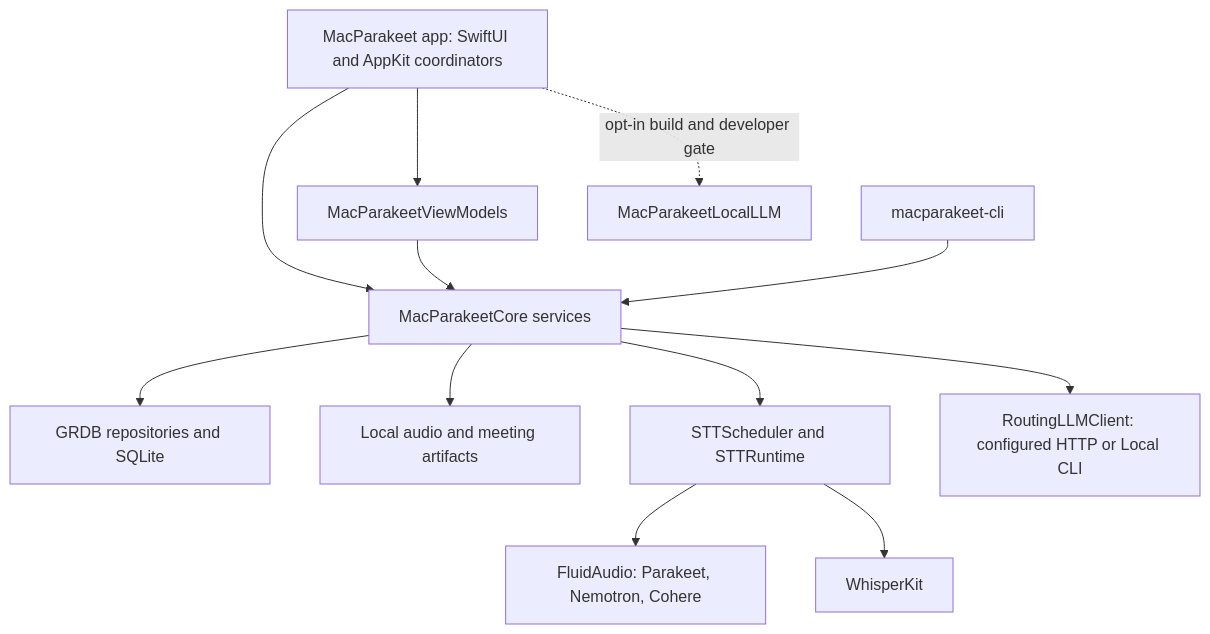
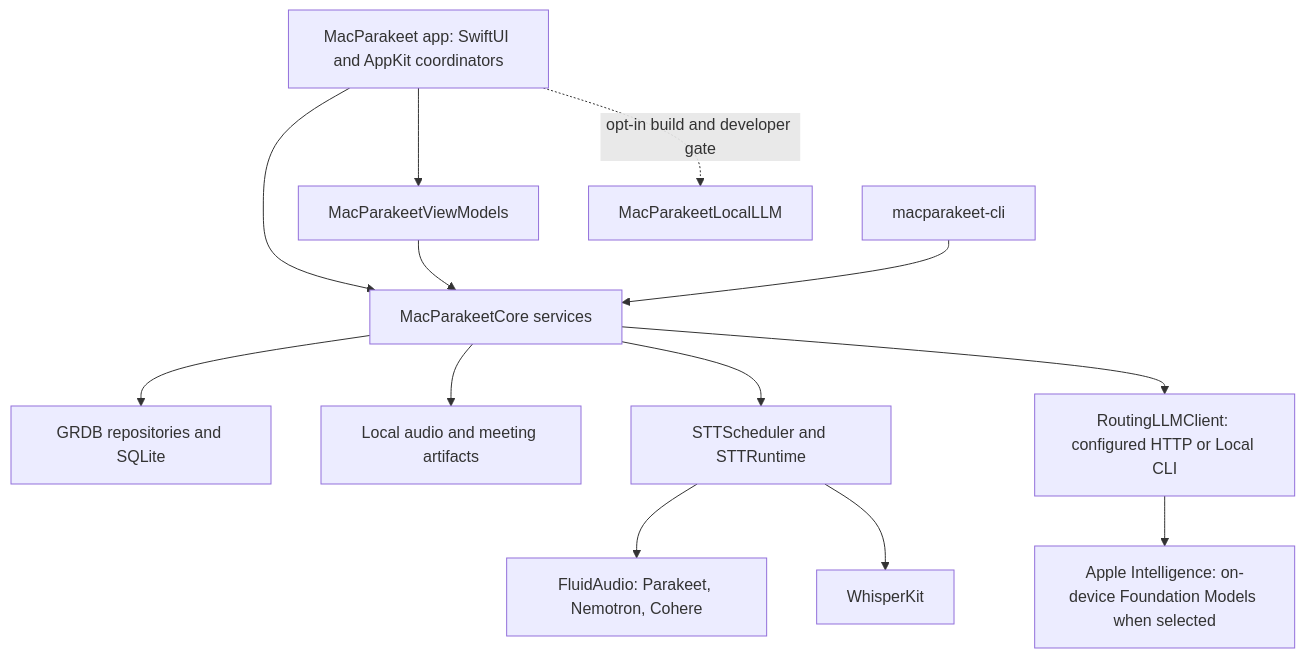
Before and after one commit to moona3k/macparakeet: the first of 3 diagrams in spec/03-architecture.md, drawn with Mermaid. The commit also changed other lines of this file and 25 other files, not shown here.

````diff
--- a/spec/03-architecture.md
+++ b/spec/03-architecture.md
@@ -15,14 +15,15 @@
 ```mermaid
 flowchart TD
     App[MacParakeet app: SwiftUI and AppKit coordinators] --> VM[MacParakeetViewModels]
     App --> Core[MacParakeetCore services]
     VM --> Core
     CLI[macparakeet-cli] --> Core
     Core --> DB[GRDB repositories and SQLite]
     Core --> Files[Local audio and meeting artifacts]
     Core --> Speech[STTScheduler and STTRuntime]
     Speech --> Fluid[FluidAudio: Parakeet, Nemotron, Cohere]
     Speech --> Whisper[WhisperKit]
     Core --> AI[RoutingLLMClient: configured HTTP or Local CLI]
+    AI --> AppleAI[Apple Intelligence: on-device Foundation Models when selected]
     App -. opt-in build and developer gate .-> MLX[MacParakeetLocalLLM]
 ```
````
